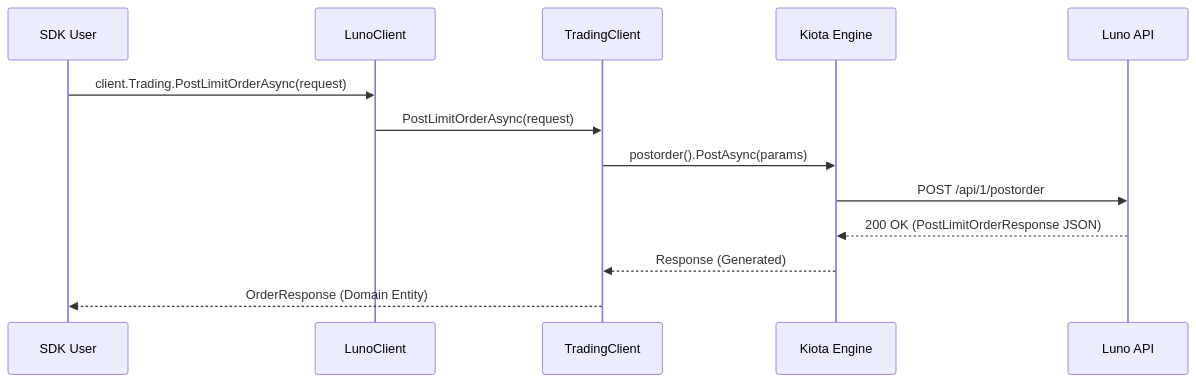
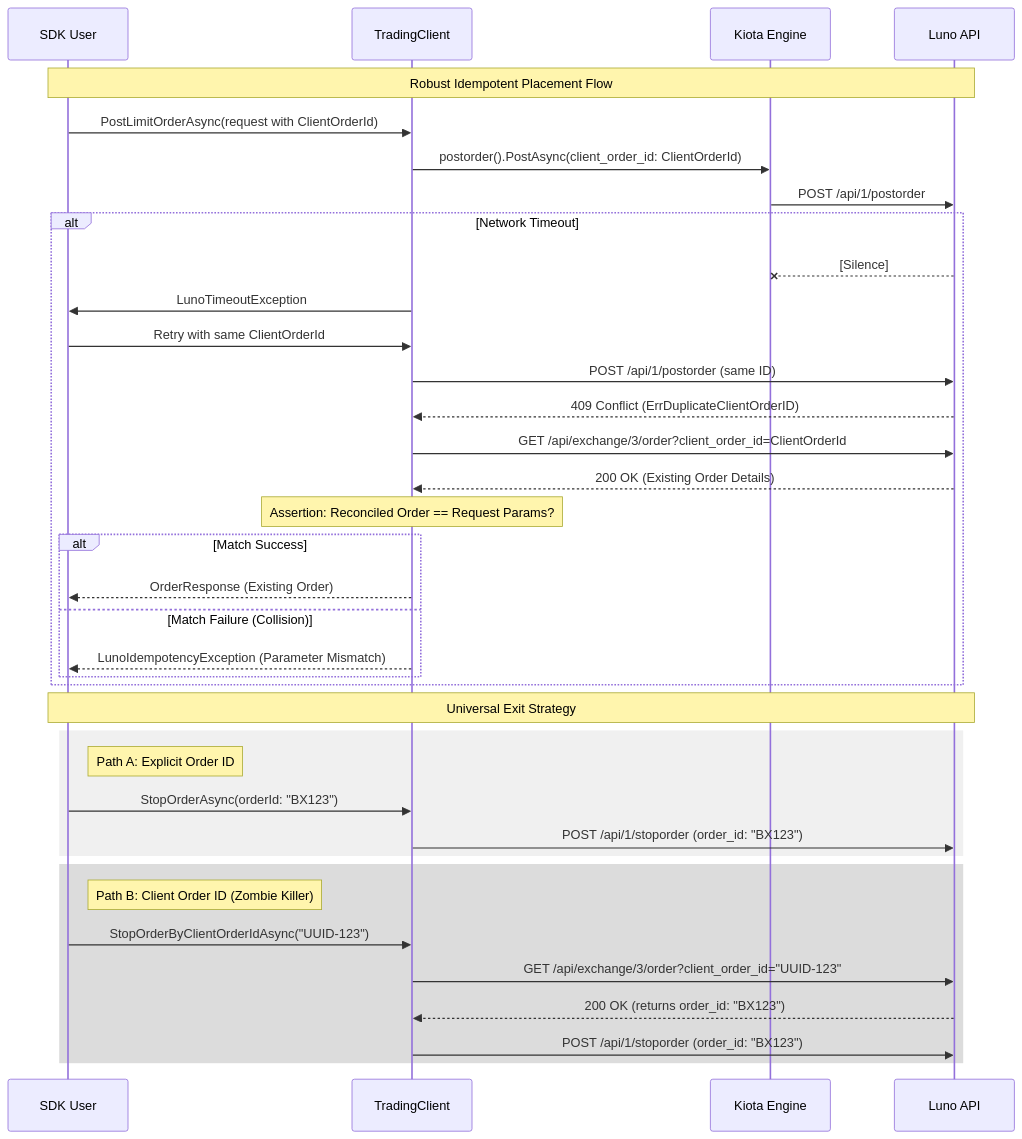
Before and after one commit to hsm207/Luno.SDK: the diagram in docs/rfcs/drafts/RFC006_TradingClientAndLimitOrderPlacement.md, drawn with Mermaid. The commit also changed other lines of this file and 1 other file, not shown here.

Commit message:
refactor: implement auditor-proof idempotency and exit strategy for RFC 006 and 007

````diff
--- a/docs/rfcs/drafts/RFC006_TradingClientAndLimitOrderPlacement.md
+++ b/docs/rfcs/drafts/RFC006_TradingClientAndLimitOrderPlacement.md
@@ -39,16 +42,41 @@
 ```mermaid
 sequenceDiagram
     participant User as SDK User
-    participant Client as LunoClient
     participant Trading as TradingClient
     participant Kiota as Kiota Engine
     participant API as Luno API
 
-    User->>Client: client.Trading.PostLimitOrderAsync(request)
-    Client->>Trading: PostLimitOrderAsync(request)
-    Trading->>Kiota: postorder().PostAsync(params)
+    Note over User, API: Robust Idempotent Placement Flow
+    User->>Trading: PostLimitOrderAsync(request with ClientOrderId)
+    Trading->>Kiota: postorder().PostAsync(client_order_id: ClientOrderId)
     Kiota->>API: POST /api/1/postorder
-    API-->>Kiota: 200 OK (PostLimitOrderResponse JSON)
-    Kiota-->>Trading: Response (Generated)
-    Trading-->>User: OrderResponse (Domain Entity)
+    alt Network Timeout
+        API--xKiota: [Silence]
+        Trading->>User: LunoTimeoutException
+        User->>Trading: Retry with same ClientOrderId
+        Trading->>API: POST /api/1/postorder (same ID)
+        API-->>Trading: 409 Conflict (ErrDuplicateClientOrderID)
+        Trading->>API: GET /api/exchange/3/order?client_order_id=ClientOrderId
+        API-->>Trading: 200 OK (Existing Order Details)
+        Note over Trading: Assertion: Reconciled Order == Request Params?
+        alt Match Success
+            Trading-->>User: OrderResponse (Existing Order)
+        else Match Failure (Collision)
+            Trading-->>User: LunoIdempotencyException (Parameter Mismatch)
+        end
+    end
+
+    Note over User, API: Universal Exit Strategy
+    rect rgb(240, 240, 240)
+        Note right of User: Path A: Explicit Order ID
+        User->>Trading: StopOrderAsync(orderId: "BX123")
+        Trading->>API: POST /api/1/stoporder (order_id: "BX123")
+    end
+    rect rgb(220, 220, 220)
+        Note right of User: Path B: Client Order ID (Zombie Killer)
+        User->>Trading: StopOrderByClientOrderIdAsync("UUID-123")
+        Trading->>API: GET /api/exchange/3/order?client_order_id="UUID-123"
+        API-->>Trading: 200 OK (returns order_id: "BX123")
+        Trading->>API: POST /api/1/stoporder (order_id: "BX123")
+    end
 ```
````
